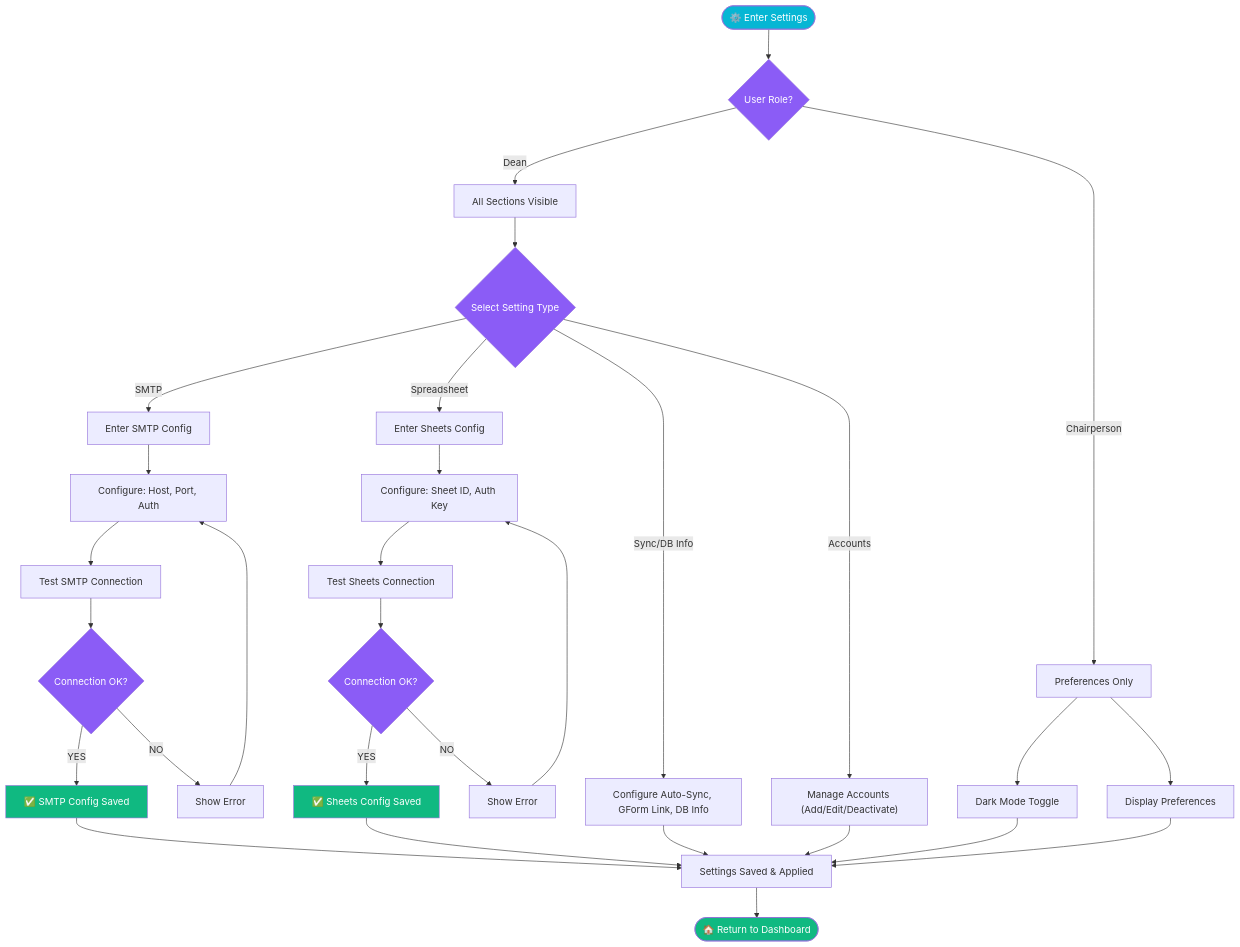
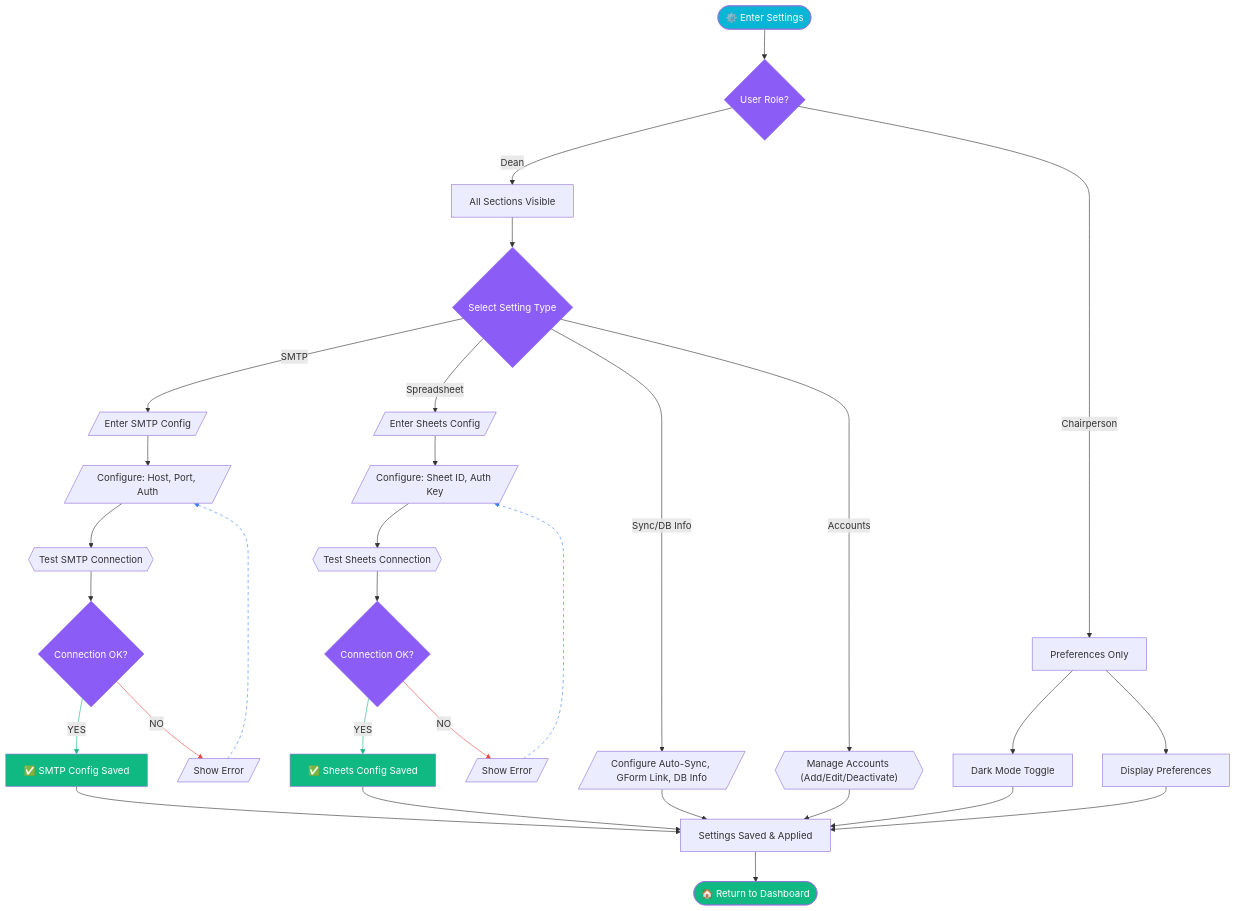
One commit to rakuya-khun/alumni-db changed the ninth of 10 diagrams in docs/technical/alumni-db-flowcharts.md. Above: the diagram before and after it, drawn with Mermaid. The commit also changed other lines of this file, not shown here.

Commit message:
docs: flowchart mermaid markdown shape adjustment

````diff
--- a/docs/technical/alumni-db-flowcharts.md
+++ b/docs/technical/alumni-db-flowcharts.md
@@ -454,43 +504,49 @@
 ```mermaid
 flowchart TD
     A([⚙️ Enter Settings]) --> B{User Role?}
 
     B -- Dean --> C[All Sections Visible]
     B -- Chairperson --> D[Preferences Only]
 
     C --> E{Select Setting Type}
 
-    E -- SMTP --> F["Enter SMTP Config"]
-    F --> G["Configure: Host, Port, Auth"]
-    G --> H["Test SMTP Connection"]
+    E -- SMTP --> F[/"Enter SMTP Config"/]
+    F --> G[/"Configure: Host, Port, Auth"/]
+    G --> H{{"Test SMTP Connection"}}
     H --> I{Connection OK?}
     I -- YES --> J[✅ SMTP Config Saved]
-    I -- NO --> K["Show Error"]
+    I -- NO --> K[/"Show Error"/]
     K --> G
 
-    E -- Spreadsheet --> L["Enter Sheets Config"]
-    L --> M["Configure: Sheet ID, Auth Key"]
-    M --> N["Test Sheets Connection"]
+    E -- Spreadsheet --> L[/"Enter Sheets Config"/]
+    L --> M[/"Configure: Sheet ID, Auth Key"/]
+    M --> N{{"Test Sheets Connection"}}
     N --> O{Connection OK?}
     O -- YES --> P[✅ Sheets Config Saved]
-    O -- NO --> Q["Show Error"]
+    O -- NO --> Q[/"Show Error"/]
     Q --> M
 
-    E -- Sync/DB Info --> R["Configure Auto-Sync, GForm Link, DB Info"]
-    E -- Accounts --> S["Manage Accounts (Add/Edit/Deactivate)"]
+    E -- Sync/DB Info --> R[/"Configure Auto-Sync, GForm Link, DB Info"/]
+    E -- Accounts --> S{{"Manage Accounts (Add/Edit/Deactivate)"}}
 
     D --> T["Dark Mode Toggle"]
     D --> U["Display Preferences"]
 
     J & P & R & S & T & U --> V[Settings Saved & Applied]
     V --> W([🏠 Return to Dashboard])
 
     style A fill:#06b6d4,color:#fff
     style W fill:#10b981,color:#fff
     style J fill:#10b981,color:#fff
     style P fill:#10b981,color:#fff
     style B fill:#8b5cf6,color:#fff
     style E fill:#8b5cf6,color:#fff
     style I fill:#8b5cf6,color:#fff
     style O fill:#8b5cf6,color:#fff
+    linkStyle 8 stroke:#10b981
+    linkStyle 9 stroke:#ef4444
+    linkStyle 10 stroke:#3b82f6,stroke-dasharray:5
+    linkStyle 15 stroke:#10b981
+    linkStyle 16 stroke:#ef4444
+    linkStyle 17 stroke:#3b82f6,stroke-dasharray:5
 ```
````
